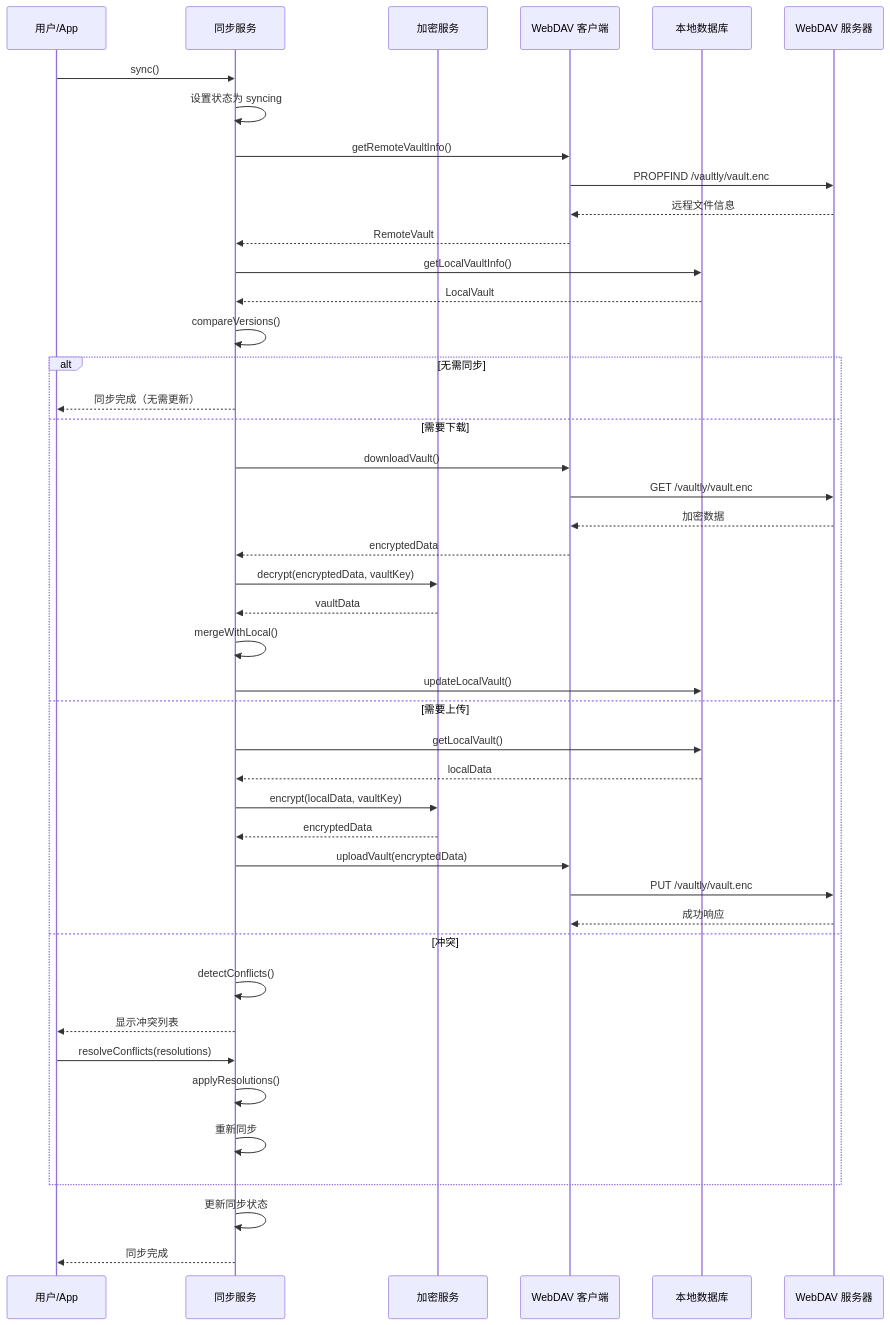
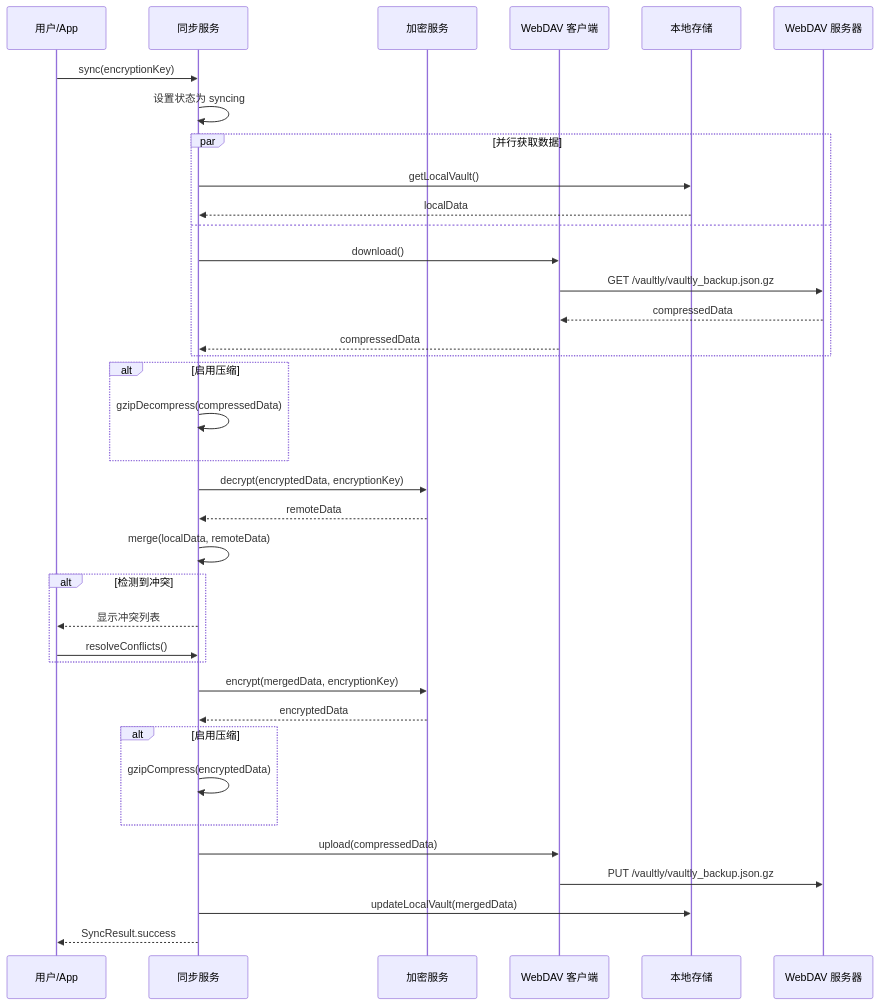
One commit to morning-start/vaultly changed the fourth of 6 diagrams in wiki/需求文档/WebDAV同步需求.md. Above: the diagram before and after it, drawn with Mermaid. The commit also changed other lines of this file and 2 other files, not shown here.

Commit message:
docs(wiki): 更新 WebDAV 相关文档，添加端到端加密说明

````diff
--- a/wiki/需求文档/WebDAV同步需求.md
+++ b/wiki/需求文档/WebDAV同步需求.md
@@ -176,57 +257,49 @@
 ```mermaid
 sequenceDiagram
     participant User as 用户/App
     participant SyncService as 同步服务
     participant CryptoService as 加密服务
     participant WebDAVClient as WebDAV 客户端
-    participant Isar as 本地数据库
+    participant Local as 本地存储
     participant Remote as WebDAV 服务器
 
-    User->>SyncService: sync()
+    User->>SyncService: sync(encryptionKey)
     SyncService->>SyncService: 设置状态为 syncing
     
-    SyncService->>WebDAVClient: getRemoteVaultInfo()
-    WebDAVClient->>Remote: PROPFIND /vaultly/vault.enc
-    Remote-->>WebDAVClient: 远程文件信息
-    WebDAVClient-->>SyncService: RemoteVault
-    
-    SyncService->>Isar: getLocalVaultInfo()
-    Isar-->>SyncService: LocalVault
-    
-    SyncService->>SyncService: compareVersions()
-    
-    alt 无需同步
-        SyncService-->>User: 同步完成（无需更新）
-    else 需要下载
-        SyncService->>WebDAVClient: downloadVault()
-        WebDAVClient->>Remote: GET /vaultly/vault.enc
-        Remote-->>WebDAVClient: 加密数据
-        WebDAVClient-->>SyncService: encryptedData
-        
-        SyncService->>CryptoService: decrypt(encryptedData, vaultKey)
-        CryptoService-->>SyncService: vaultData
-        
-        SyncService->>SyncService: mergeWithLocal()
-        SyncService->>Isar: updateLocalVault()
-    else 需要上传
-        SyncService->>Isar: getLocalVault()
-        Isar-->>SyncService: localData
-        
-        SyncService->>CryptoService: encrypt(localData, vaultKey)
-        CryptoService-->>SyncService: encryptedData
-        
-        SyncService->>WebDAVClient: uploadVault(encryptedData)
-        WebDAVClient->>Remote: PUT /vaultly/vault.enc
-        Remote-->>WebDAVClient: 成功响应
-    else 冲突
-        SyncService->>SyncService: detectConflicts()
-        SyncService-->>User: 显示冲突列表
-        
-        User->>SyncService: resolveConflicts(resolutions)
-        SyncService->>SyncService: applyResolutions()
-        SyncService->>SyncService: 重新同步
+    par 并行获取数据
+        SyncService->>Local: getLocalVault()
+        Local-->>SyncService: localData
+    and
+        SyncService->>WebDAVClient: download()
+        WebDAVClient->>Remote: GET /vaultly/vaultly_backup.json.gz
+        Remote-->>WebDAVClient: compressedData
+        WebDAVClient-->>SyncService: compressedData
     end
     
-    SyncService->>SyncService: 更新同步状态
-    SyncService-->>User: 同步完成
+    alt 启用压缩
+        SyncService->>SyncService: gzipDecompress(compressedData)
+    end
+    
+    SyncService->>CryptoService: decrypt(encryptedData, encryptionKey)
+    CryptoService-->>SyncService: remoteData
+    
+    SyncService->>SyncService: merge(localData, remoteData)
+    
+    alt 检测到冲突
+        SyncService-->>User: 显示冲突列表
+        User->>SyncService: resolveConflicts()
+    end
+    
+    SyncService->>CryptoService: encrypt(mergedData, encryptionKey)
+    CryptoService-->>SyncService: encryptedData
+    
+    alt 启用压缩
+        SyncService->>SyncService: gzipCompress(encryptedData)
+    end
+    
+    SyncService->>WebDAVClient: upload(compressedData)
+    WebDAVClient->>Remote: PUT /vaultly/vaultly_backup.json.gz
+    
+    SyncService->>Local: updateLocalVault(mergedData)
+    SyncService-->>User: SyncResult.success
 ```
````
